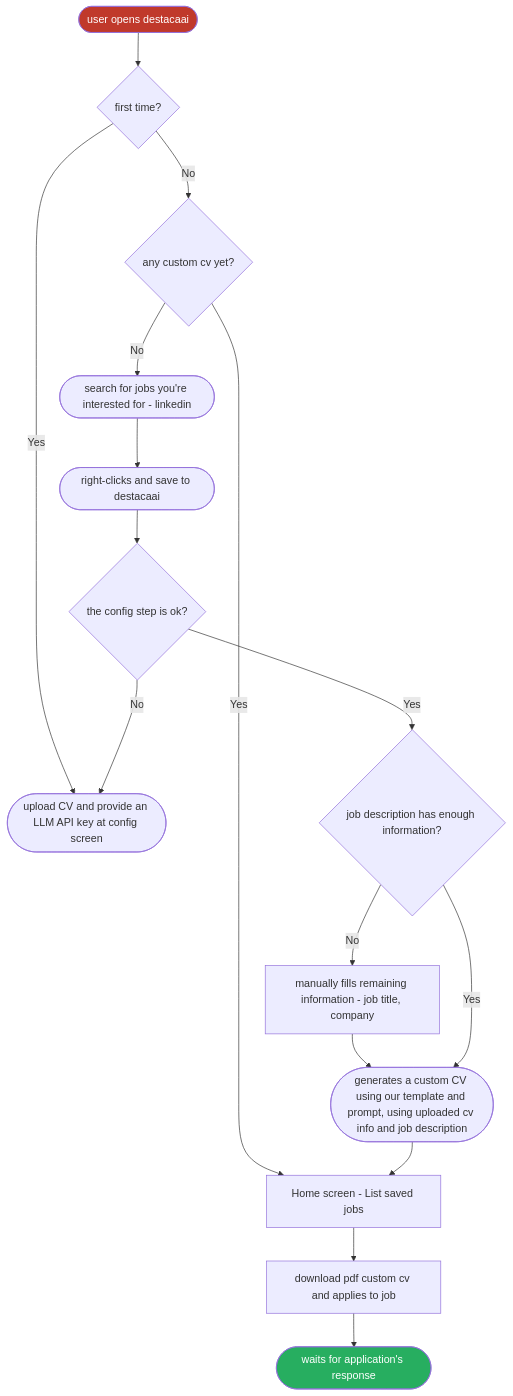
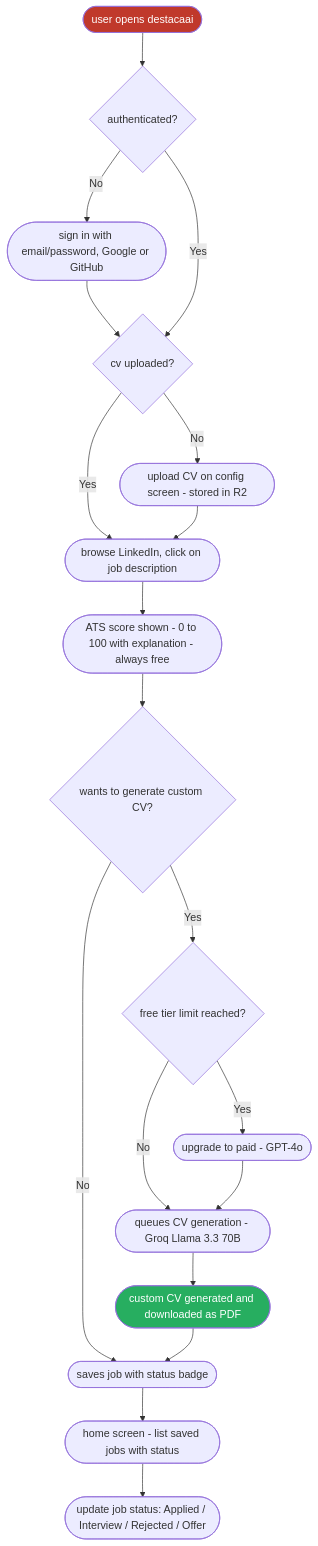
One commit to Mlucas4330/destacaai changed the diagram in README.md. Above: the diagram before and after it, drawn with Mermaid. The commit also changed other lines of this file and 75 other files, not shown here.

````diff
--- a/README.md
+++ b/README.md
@@ -36,29 +35,31 @@
 ```mermaid
 flowchart TD
-    A([user opens destacaai]) --> B{first time?}
+    A([user opens destacaai]) --> B{authenticated?}
 
-    B -->|Yes| C([upload CV and provide an LLM API key at config screen])
-    B -->|No| D{any custom cv yet?}
+    B -->|No| C([sign in with email/password, Google or GitHub])
+    C --> D{cv uploaded?}
+    B -->|Yes| D
 
-    D -->|Yes| H[Home screen - List saved jobs]
-    D -->|No| E([search for jobs you're interested for - linkedin])
+    D -->|No| E([upload CV on config screen - stored in R2])
+    D -->|Yes| F([browse LinkedIn, click on job description])
+    E --> F
 
-    E --> F([right-clicks and save to destacaai])
-    F --> G{the config step is ok?}
+    F --> G([ATS score shown - 0 to 100 with explanation - always free])
+    G --> H{wants to generate custom CV?}
 
-    G -->|No| C
-    G -->|Yes| I{job description has enough information?}
+    H -->|No| I([saves job with status badge])
+    H -->|Yes| J{free tier limit reached?}
 
-    I -->|No| J[manually fills remaining information - job title, company]
-    J --> K([generates a custom CV using our template and prompt, using uploaded cv info and job description])
+    J -->|No| K([queues CV generation - Groq Llama 3.3 70B])
+    J -->|Yes| L([upgrade to paid - GPT-4o])
+    L --> K
 
-    I -->|Yes| K
+    K --> M([custom CV generated and downloaded as PDF])
+    M --> I
 
-    K --> H
-
-    H --> L[download pdf custom cv and applies to job]
-    L --> M([waits for application's response])
+    I --> N([home screen - list saved jobs with status])
+    N --> O([update job status: Applied / Interview / Rejected / Offer])
 
     style A fill:#c0392b,color:#fff
     style M fill:#27ae60,color:#fff
 ```
````
